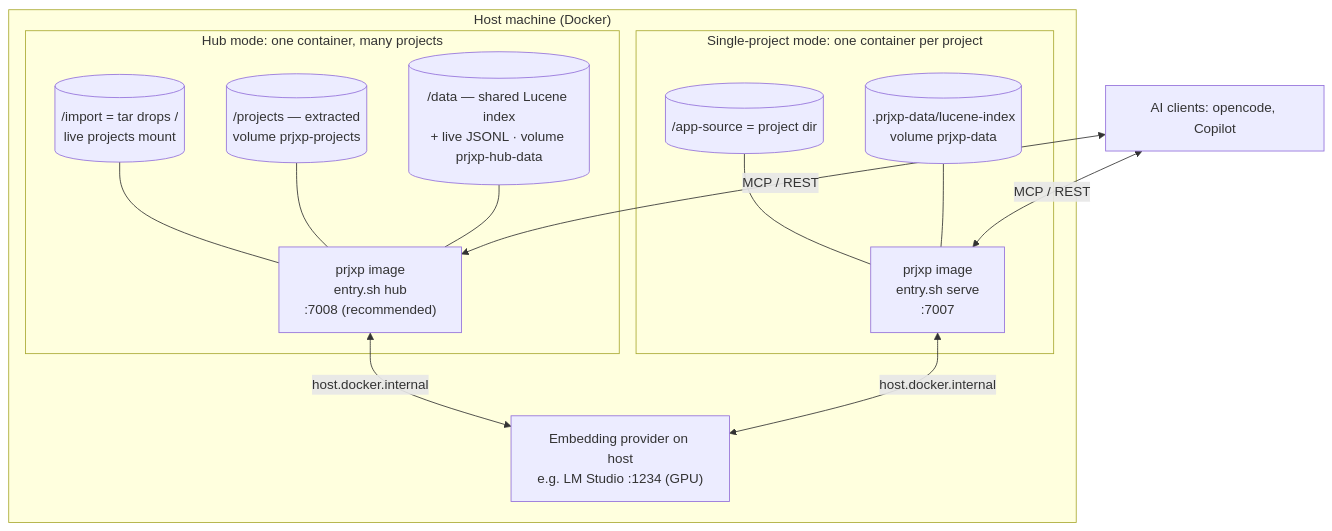
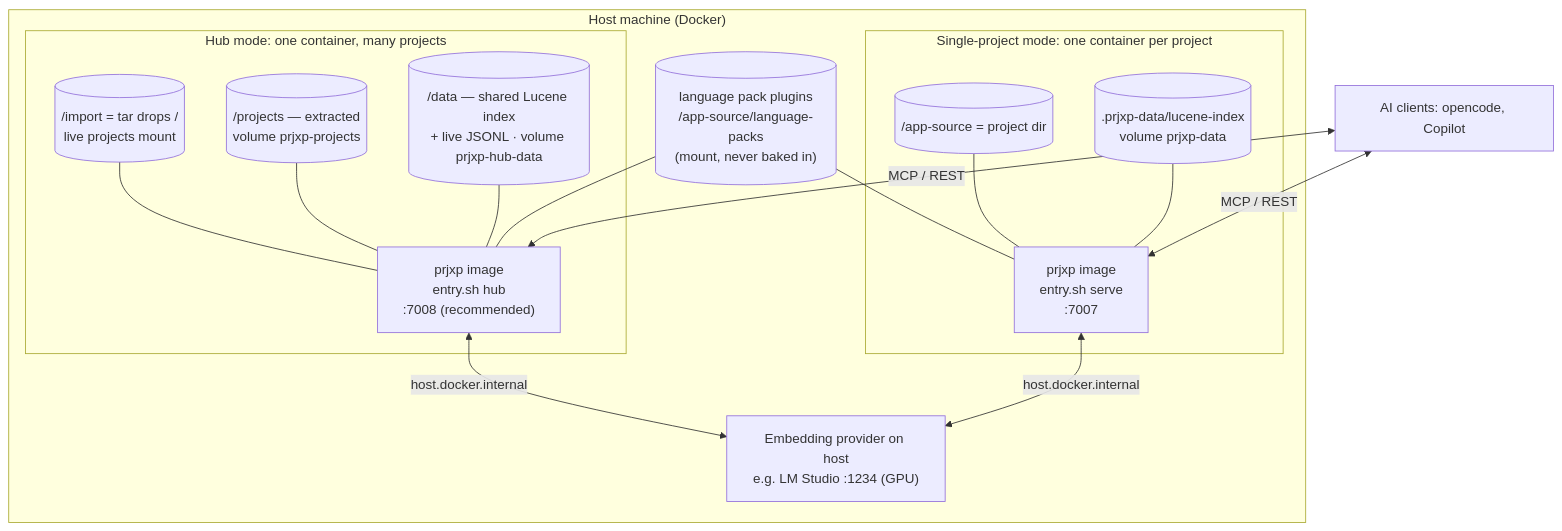
The first of 2 diagrams in doc/arc42/07_deployment_view.md (carstenSpraener/prjxp), drawn with Mermaid before and after one commit. The commit also changed other lines of this file and 16 other files, not shown here.

First line of the commit message:
docs: align READMEs and arc42 with the LanguagePack architecture

````diff
--- a/doc/arc42/07_deployment_view.md
+++ b/doc/arc42/07_deployment_view.md
@@ -5,27 +5,29 @@
 ```mermaid
 flowchart TB
     subgraph host ["Host machine (Docker)"]
         subgraph single ["Single-project mode: one container per project"]
             C1["prjxp image<br/>entry.sh serve<br/>:7007"]
             M1[("/app-source = project dir")]
             I1[(".prjxp-data/lucene-index<br/>volume prjxp-data")]
         end
 
         subgraph hub ["Hub mode: one container, many projects"]
             C2["prjxp image<br/>entry.sh hub<br/>:7008 (recommended)"]
             M2[("/import = tar drops /<br/>live projects mount")]
             P2[("/projects — extracted<br/>volume prjxp-projects")]
             D2[("/data — shared Lucene index<br/>+ live JSONL · volume prjxp-hub-data")]
         end
 
+        LP[("language pack plugins<br/>/app-source/language-packs<br/>(mount, never baked in)")]
         EMB["Embedding provider on host<br/>e.g. LM Studio :1234 (GPU)"]
     end
 
     M1 --- C1
     I1 --- C1
     M2 & P2 & D2 --- C2
+    LP --- C1 & C2
     C1 <-->|"host.docker.internal"| EMB
     C2 <-->|"host.docker.internal"| EMB
 
     AI["AI clients: opencode, Copilot"] <-->|"MCP / REST"| C1 & C2
 ```
````
